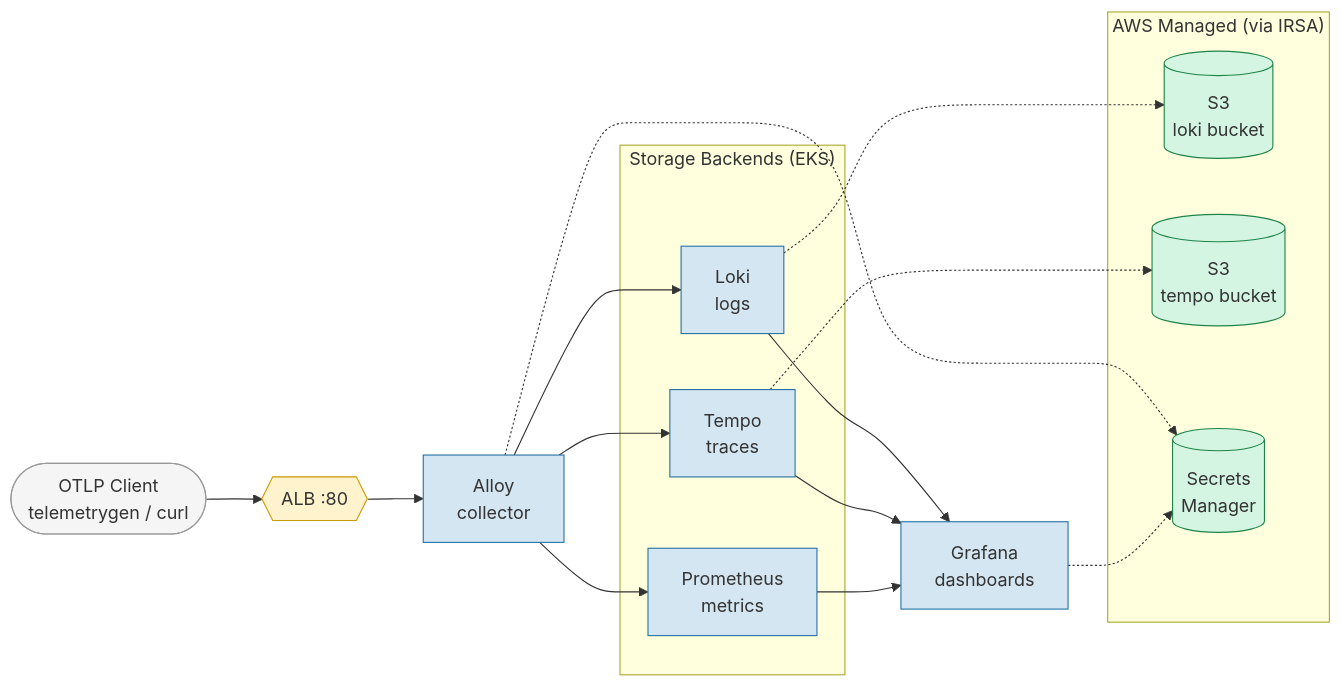
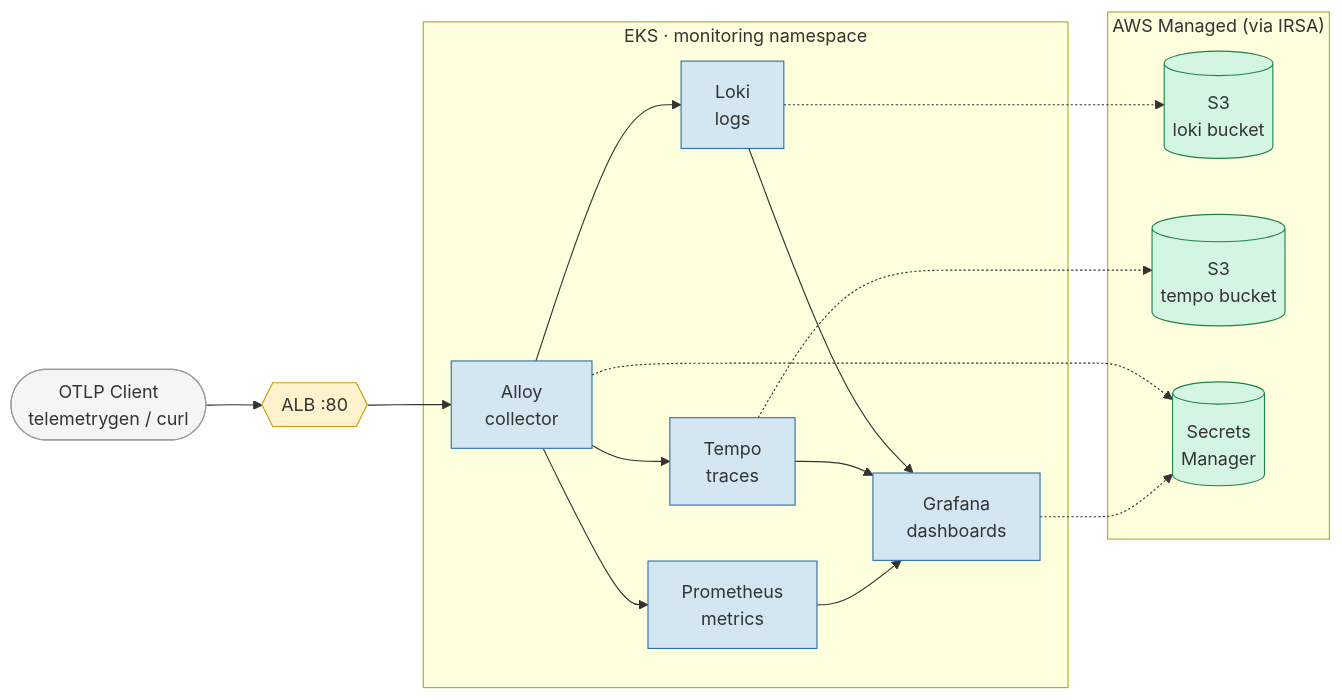
One commit to namhngo/Terraform-infra-setup changed the diagram in observability/README.md. Above: the diagram before and after it, drawn with Mermaid.

Commit message:
docs(observability): fix diagram - all 5 components run on EKS
The 'Storage Backends (EKS)' subgraph only wrapped Loki/Tempo/Prometheus,
visually implying Alloy and Grafana run somewhere else. In reality all 5
are Kubernetes Deployments in the same monitoring namespace on the same
EKS cluster (see workloads.tf). Renamed to 'EKS - monitoring namespace'
and included Alloy + Grafana inside it. Rendered with mermaid-cli to
confirm the layout stays clean before committing.

````diff
--- a/observability/README.md
+++ b/observability/README.md
@@ -16,34 +16,36 @@
 ```mermaid
 flowchart LR
     Client(["OTLP Client\ntelemetrygen / curl"]):::external
     ALB{{"ALB :80"}}:::edge
-    Alloy["Alloy\ncollector"]:::compute
-    Graf["Grafana\ndashboards"]:::compute
 
-    Client --> ALB --> Alloy
+    Client --> ALB
 
-    subgraph backends["Storage Backends (EKS)"]
+    subgraph eks["EKS · monitoring namespace"]
+        Alloy["Alloy\ncollector"]:::compute
         Loki["Loki\nlogs"]:::compute
         Tempo["Tempo\ntraces"]:::compute
         Prom["Prometheus\nmetrics"]:::compute
+        Graf["Grafana\ndashboards"]:::compute
+
+        Alloy --> Loki & Tempo & Prom
+        Loki & Tempo & Prom --> Graf
     end
 
-    Alloy --> Loki & Tempo & Prom
-    Loki & Tempo & Prom --> Graf
+    ALB --> Alloy
 
     subgraph aws["AWS Managed (via IRSA)"]
         S3L[("S3\nloki bucket")]:::storage
         S3T[("S3\ntempo bucket")]:::storage
         Secrets[("Secrets\nManager")]:::storage
     end
 
     Loki -.-> S3L
     Tempo -.-> S3T
     Alloy -.-> Secrets
     Graf -.-> Secrets
 
     classDef external fill:#f5f5f5,stroke:#999999,color:#333333
     classDef edge fill:#fff3cd,stroke:#cc9a06,color:#333333
     classDef compute fill:#d4e6f1,stroke:#2874a6,color:#333333
     classDef storage fill:#d5f5e3,stroke:#1e8449,color:#333333
 ```
````
